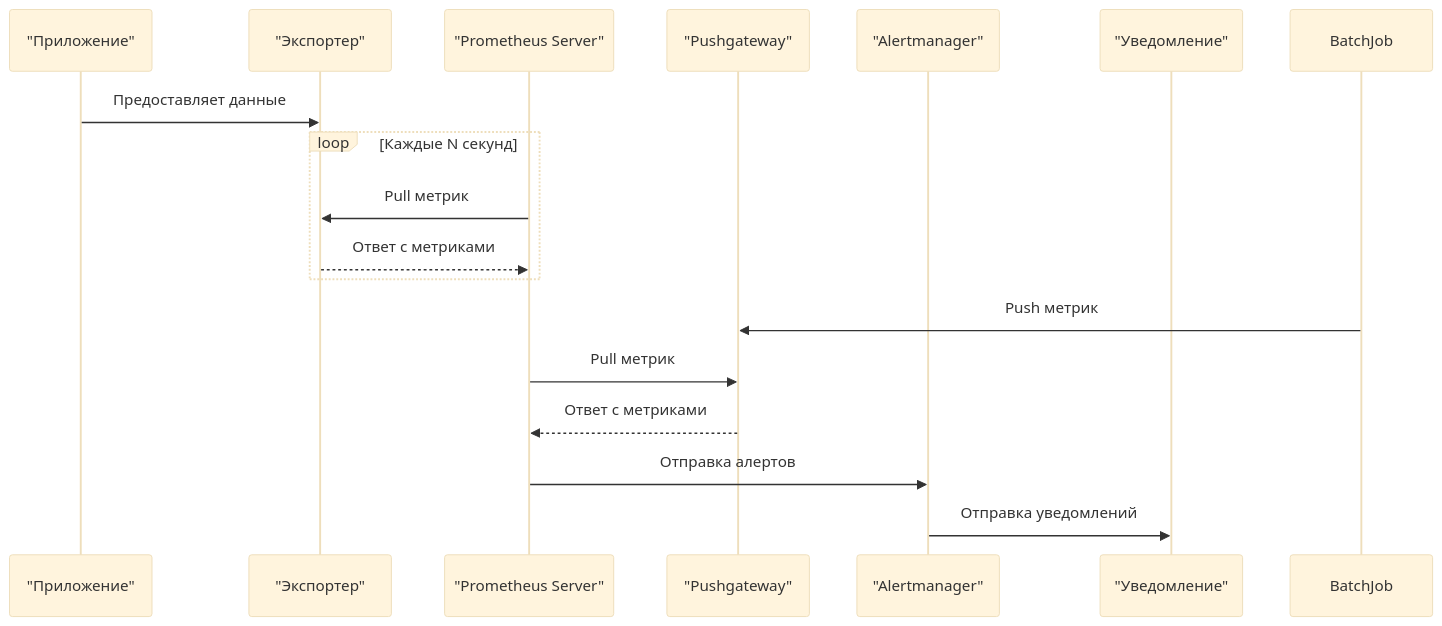
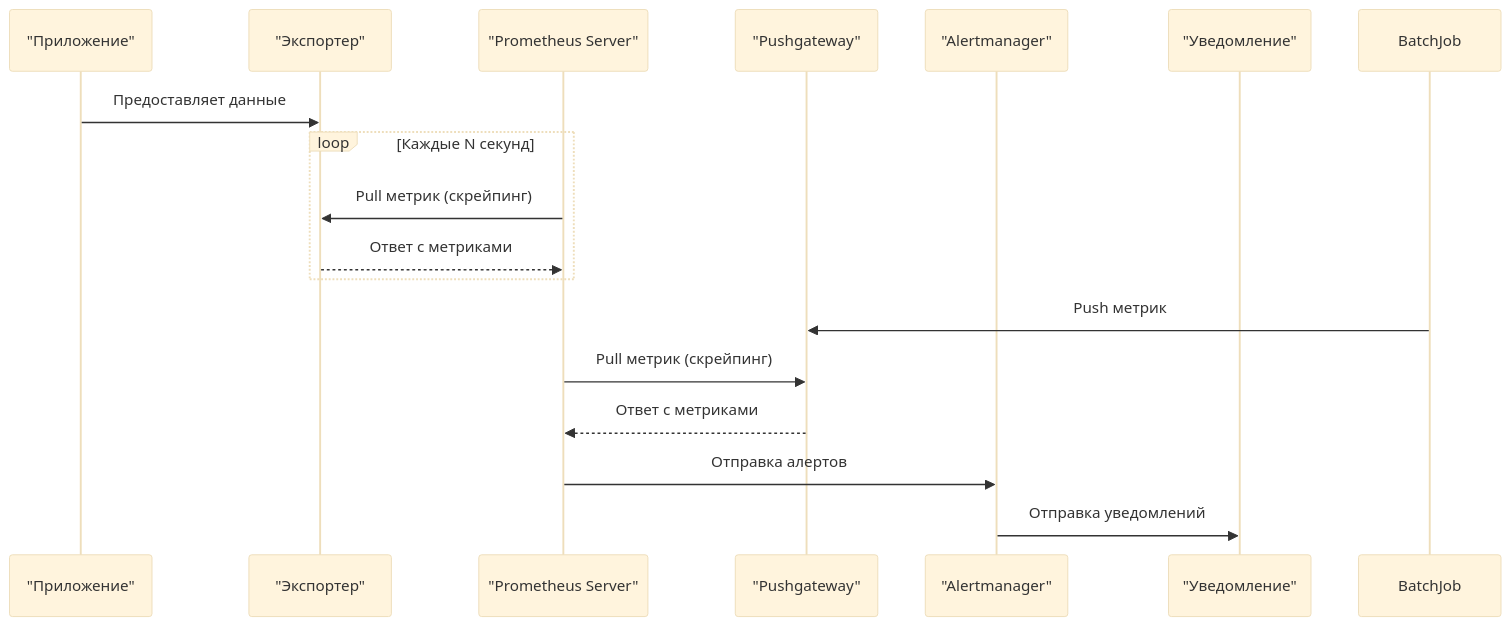
One commit to lamjob1993/linux-monitoring changed the diagram in prometheus/beginning/1. Введение (Основы Prometheus).md. Above: the diagram before and after it, drawn with Mermaid (base theme).

Commit message:
Update 1. Введение (Основы Prometheus).md

````diff
--- a/prometheus/beginning/1. Введение (Основы Prometheus).md
+++ b/prometheus/beginning/1. Введение (Основы Prometheus).md
@@ -35,20 +35,20 @@
 ```mermaid
 sequenceDiagram
     participant App as "Приложение"
     participant Exporter as "Экспортер"
     participant Prometheus as "Prometheus Server"
     participant Pushgateway as "Pushgateway"
     participant Alertmanager as "Alertmanager"
     participant Notification as "Уведомление"
 
     App->>Exporter: Предоставляет данные
     loop Каждые N секунд
-        Prometheus->>Exporter: Pull метрик
+        Prometheus->>Exporter: Pull метрик (скрейпинг)
         Exporter-->>Prometheus: Ответ с метриками
     end
     BatchJob->>Pushgateway: Push метрик
-    Prometheus->>Pushgateway: Pull метрик
+    Prometheus->>Pushgateway: Pull метрик (скрейпинг)
     Pushgateway-->>Prometheus: Ответ с метриками
     Prometheus->>Alertmanager: Отправка алертов
     Alertmanager->>Notification: Отправка уведомлений
 ```
````
